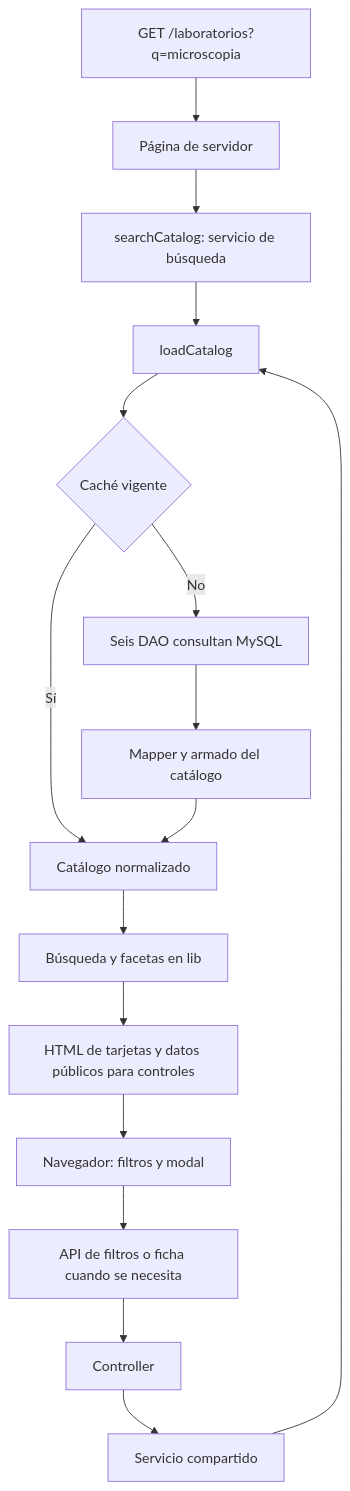
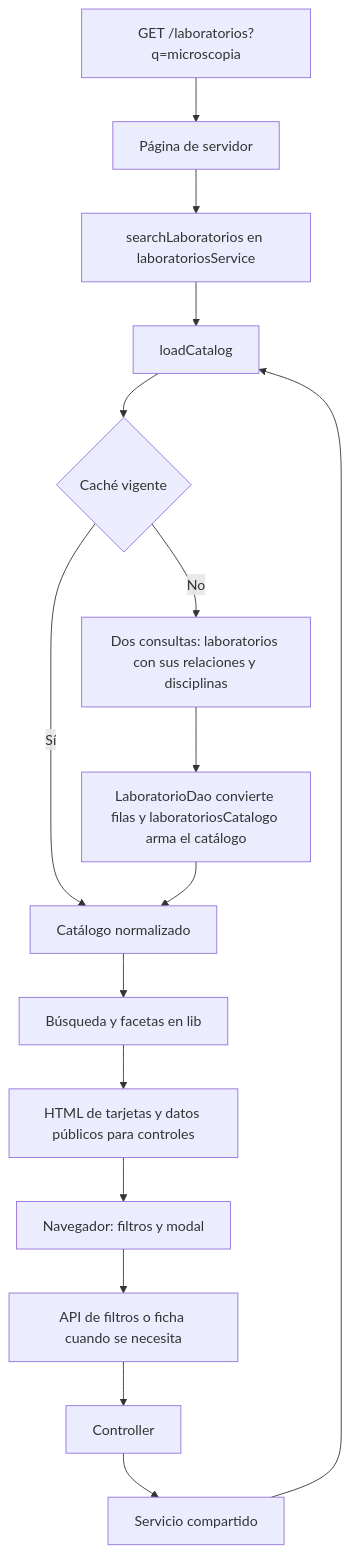
The diagram in docs/02-arquitectura.md (cicunam/labunam-next), drawn with Mermaid before and after one commit. The commit also changed other lines of this file and 51 other files, not shown here.

````diff
--- a/docs/02-arquitectura.md
+++ b/docs/02-arquitectura.md
@@ -78,18 +79,18 @@
 ```mermaid
 flowchart TD
   A[GET /laboratorios?q=microscopia] --> B[Página de servidor]
-  B --> S[searchCatalog: servicio de búsqueda]
+  B --> S[searchLaboratorios en laboratoriosService]
   S --> C[loadCatalog]
   C --> D{Caché vigente}
   D -->|Sí| E[Catálogo normalizado]
-  D -->|No| F[Seis DAO consultan MySQL]
-  F --> M[Mapper y armado del catálogo]
+  D -->|No| F[Dos consultas: laboratorios con sus relaciones y disciplinas]
+  F --> M[LaboratorioDao convierte filas y laboratoriosCatalogo arma el catálogo]
   M --> E
   E --> G[Búsqueda y facetas en lib]
   G --> H[HTML de tarjetas y datos públicos para controles]
   H --> I[Navegador: filtros y modal]
   I --> J[API de filtros o ficha cuando se necesita]
   J --> K[Controller]
   K --> L[Servicio compartido]
   L --> C
 ```
````
